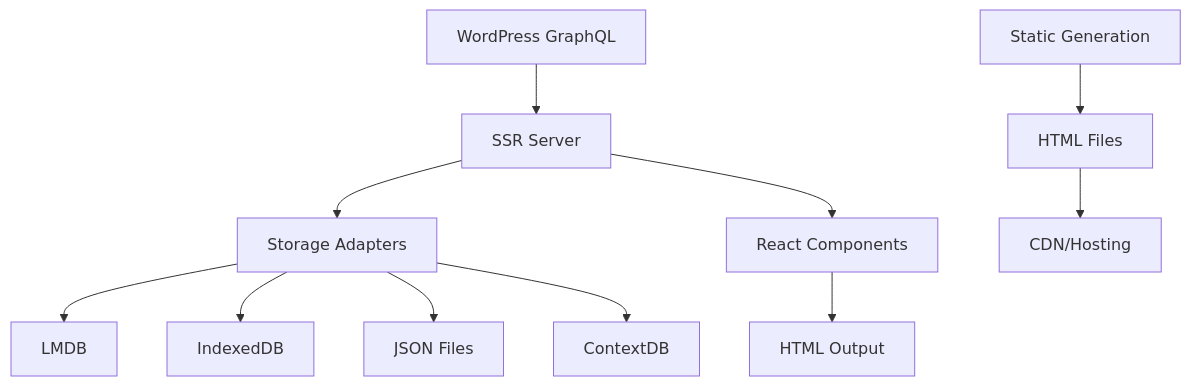
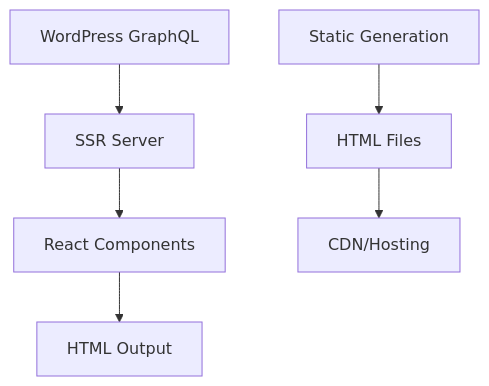
The diagram in docs/README.md (buildy-ui/ssr-starter), drawn with Mermaid before and after one commit. The commit also changed other lines of this file and 13 other files, not shown here.

````diff
--- a/docs/README.md
+++ b/docs/README.md
@@ -113,15 +91,9 @@
 ```mermaid
 graph TB
     A[WordPress GraphQL] --> B[SSR Server]
-    B --> C[Storage Adapters]
-    B --> D[React Components]
-    D --> E[HTML Output]
+    B --> C[React Components]
+    C --> D[HTML Output]
 
-    C --> F[LMDB]
-    C --> G[IndexedDB]
-    C --> H[JSON Files]
-    C --> I[ContextDB]
-
-    J[Static Generation] --> K[HTML Files]
-    K --> L[CDN/Hosting]
+    E[Static Generation] --> F[HTML Files]
+    F --> G[CDN/Hosting]
 ```
````
